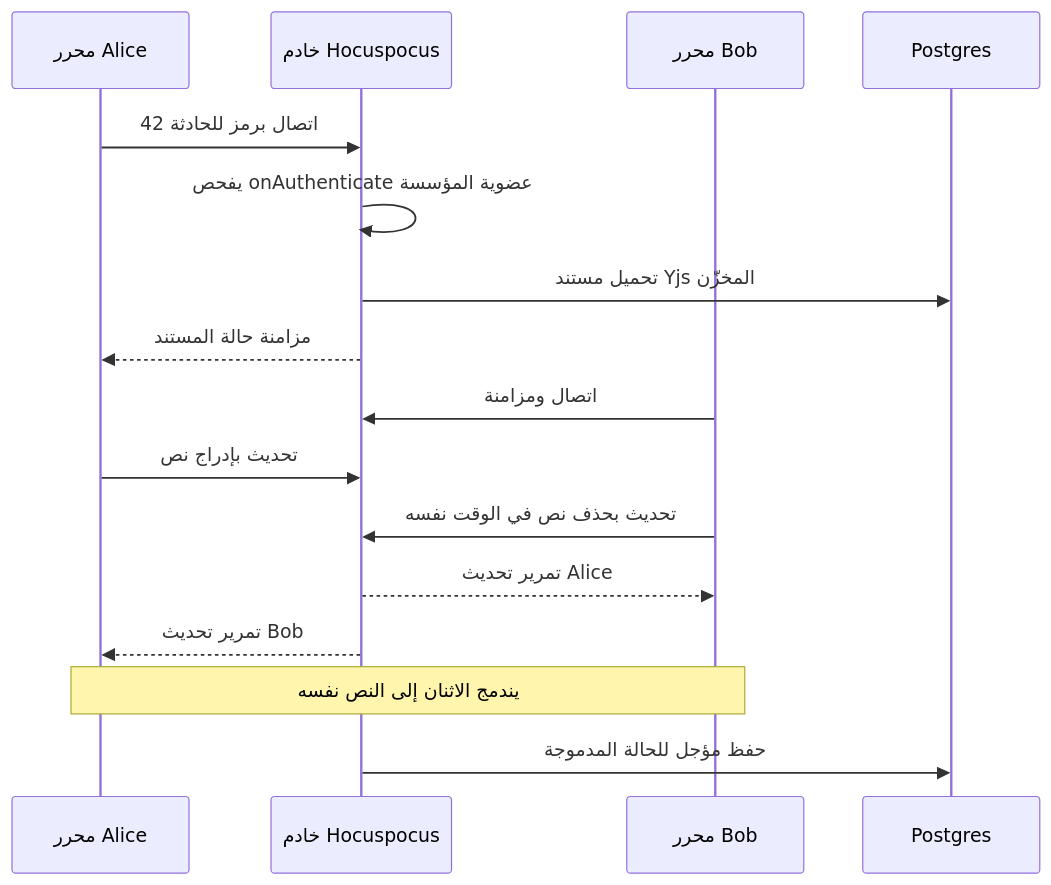
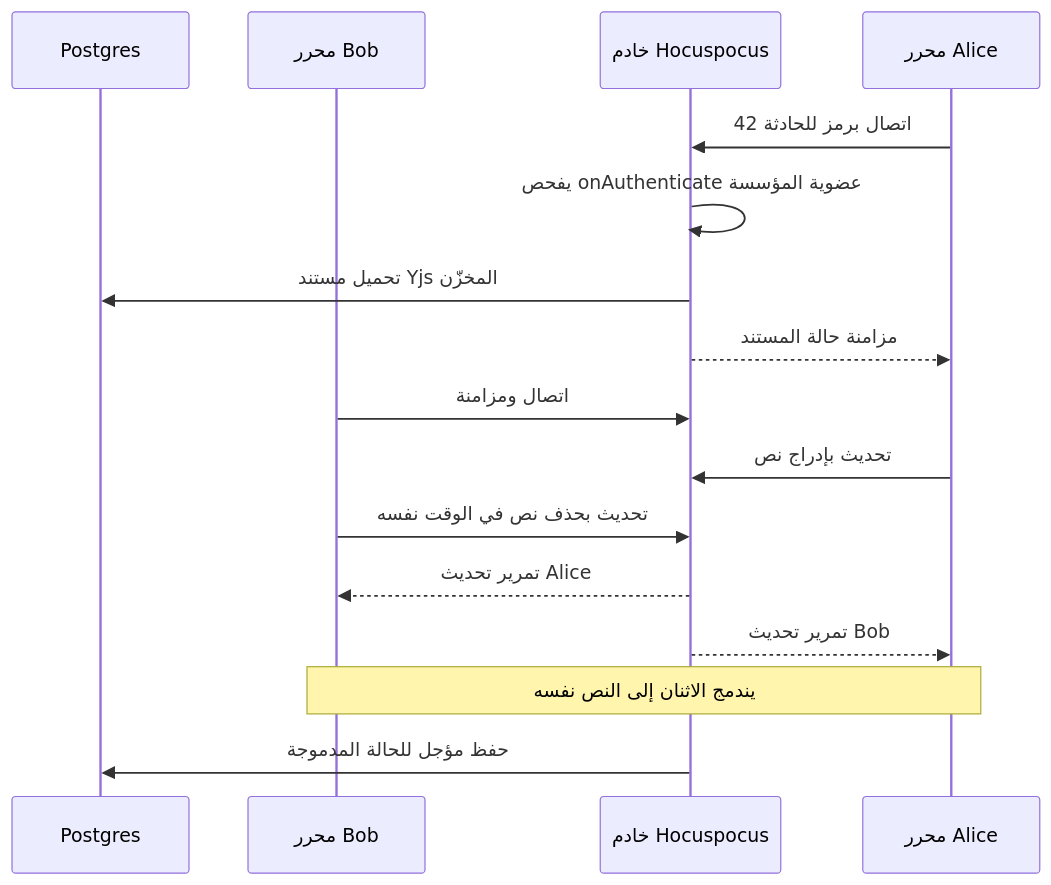
Before and after one commit to Tamoura/system-design-for-vibe-coders: the sixth of 6 diagrams in saas/modules/04-communication.ar.md, drawn with Mermaid. The commit also changed other lines of this file and 31 other files, not shown here.

First line of the commit message:
Arabic editions: diagrams flow right to left

````diff
--- a/saas/modules/04-communication.ar.md
+++ b/saas/modules/04-communication.ar.md
@@ -701,18 +701,18 @@
 ```mermaid
 sequenceDiagram
+    participant DB as Postgres
+    participant B as محرر Bob
+    participant H as خادم Hocuspocus
     participant A as محرر Alice
-    participant H as خادم Hocuspocus
-    participant B as محرر Bob
-    participant DB as Postgres
     A->>H: اتصال برمز للحادثة 42
     H->>H: يفحص onAuthenticate عضوية المؤسسة
     H->>DB: تحميل مستند Yjs المخزّن
     H-->>A: مزامنة حالة المستند
     B->>H: اتصال ومزامنة
     A->>H: تحديث بإدراج نص
     B->>H: تحديث بحذف نص في الوقت نفسه
     H-->>B: تمرير تحديث Alice
     H-->>A: تمرير تحديث Bob
     Note over A,B: يندمج الاثنان إلى النص نفسه
     H->>DB: حفظ مؤجل للحالة المدموجة
 ```
````
